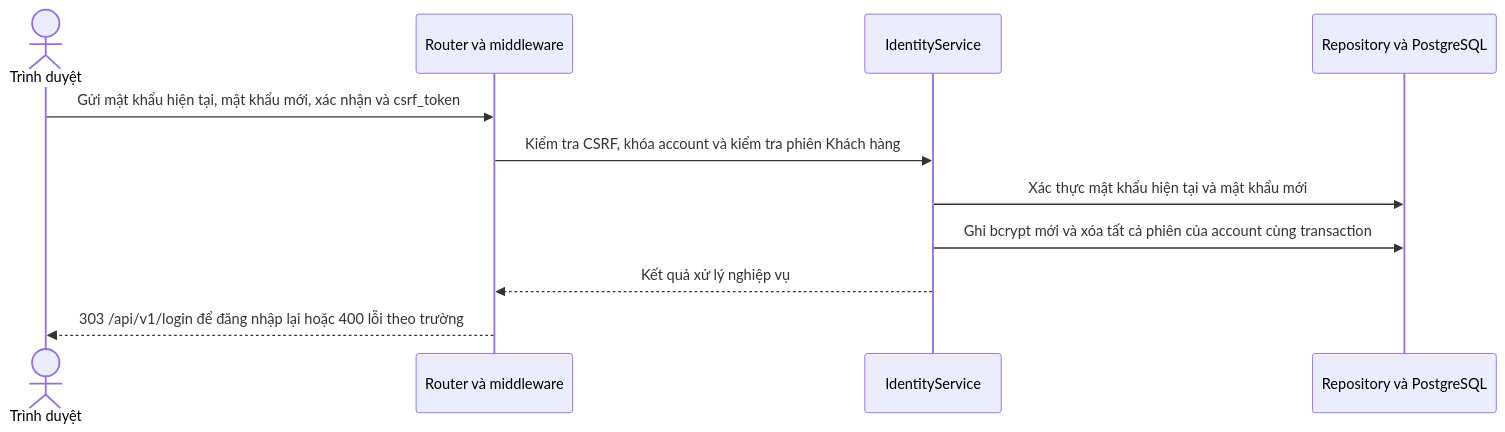
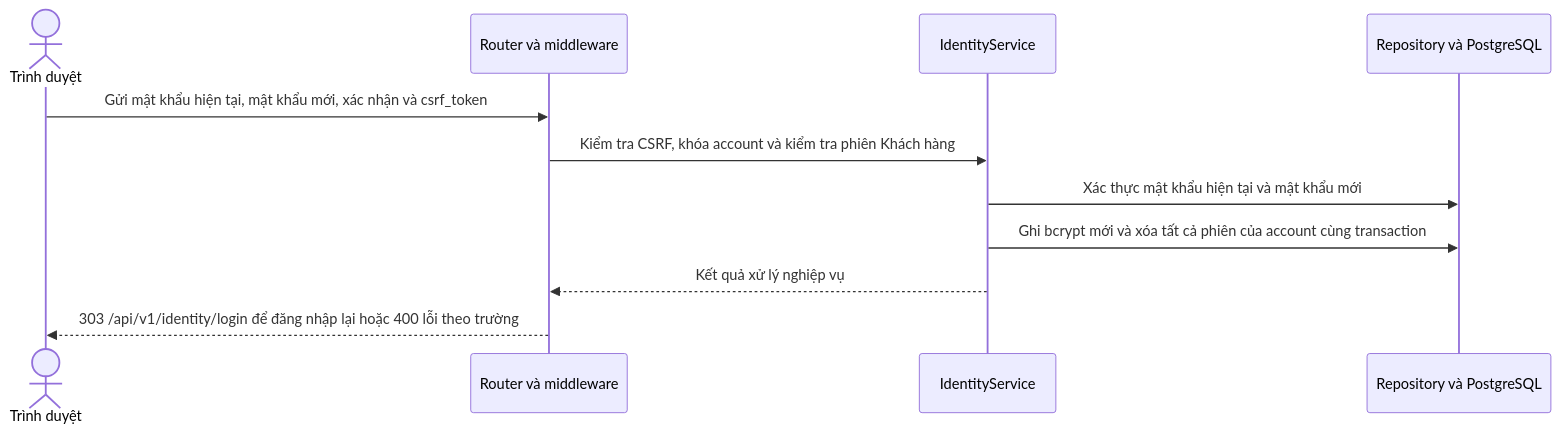
Before and after one commit to thanhklt/sobie-swimwear-e-commerce: the diagram in docs/sequence/identity/post-account-password.md, drawn with Mermaid. The commit also changed 72 other files, not shown here.

````diff
--- a/docs/sequence/identity/post-account-password.md
+++ b/docs/sequence/identity/post-account-password.md
@@ -5,13 +5,13 @@
 ```mermaid
 sequenceDiagram
     actor Browser as Trình duyệt
     participant Route as Router và middleware
     participant Service as IdentityService
     participant Data as Repository và PostgreSQL
     Browser->>Route: Gửi mật khẩu hiện tại, mật khẩu mới, xác nhận và csrf_token
     Route->>Service: Kiểm tra CSRF, khóa account và kiểm tra phiên Khách hàng
     Service->>Data: Xác thực mật khẩu hiện tại và mật khẩu mới
     Service->>Data: Ghi bcrypt mới và xóa tất cả phiên của account cùng transaction
     Service-->>Route: Kết quả xử lý nghiệp vụ
-    Route-->>Browser: 303 /api/v1/login để đăng nhập lại hoặc 400 lỗi theo trường
+    Route-->>Browser: 303 /api/v1/identity/login để đăng nhập lại hoặc 400 lỗi theo trường
 ```
````
